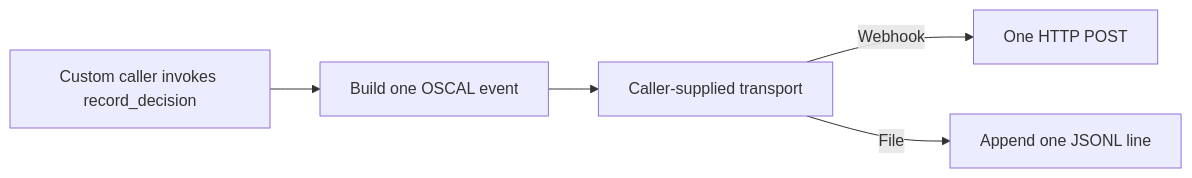
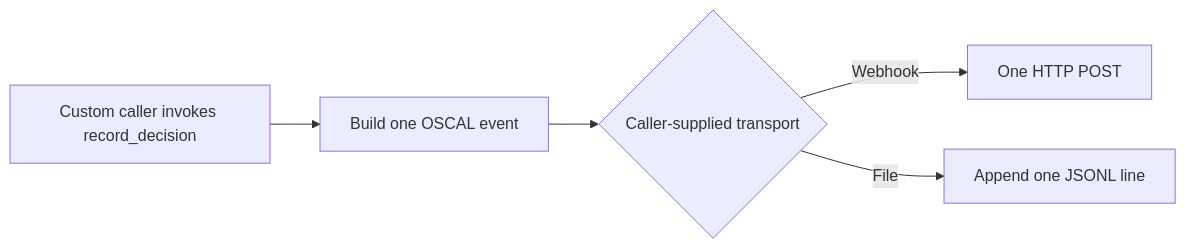
Before and after one commit to ninadphalak/LLM-Shield-Proxy: the diagram in website/docs/features/enterprise-auditing-compliance/grc-webhook-sidecar-file-transport.md, drawn with Mermaid. The commit also changed other lines of this file and 94 other files, not shown here.

````diff
--- a/website/docs/features/enterprise-auditing-compliance/grc-webhook-sidecar-file-transport.md
+++ b/website/docs/features/enterprise-auditing-compliance/grc-webhook-sidecar-file-transport.md
@@ -28,7 +23,7 @@
 ```mermaid
 flowchart LR
     A[Custom caller invokes record_decision] --> B[Build one OSCAL event]
-    B --> C[Caller-supplied transport]
+    B --> C{Caller-supplied transport}
     C -->|Webhook| D[One HTTP POST]
     C -->|File| E[Append one JSONL line]
 ```
````
